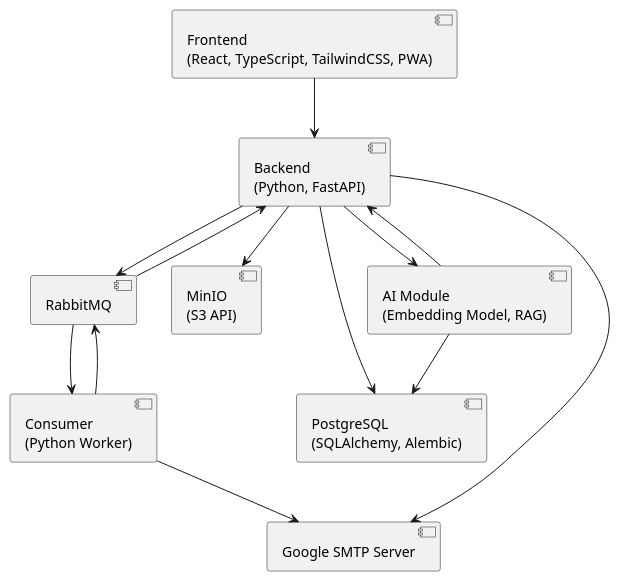
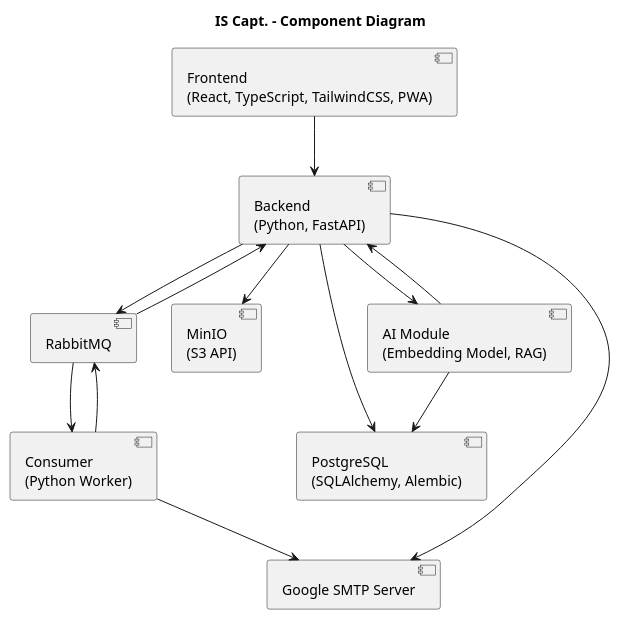
The diagram in plantUML/component/component.puml (walle45611/NTUB_SecuManag_Diagram), drawn with PlantUML before and after one commit. The commit also changed 20 other files, not shown here.

```diff
--- a/plantUML/component/component.puml
+++ b/plantUML/component/component.puml
@@ -1,25 +1,25 @@
 @startuml
+title IS Capt. - Component Diagram
 
 component "Frontend\n(React, TypeScript, TailwindCSS, PWA)" as Frontend
 component "Backend\n(Python, FastAPI)" as Backend
 component "RabbitMQ" as RabbitMQ
 component "MinIO\n(S3 API)" as MinIO
 component "PostgreSQL\n(SQLAlchemy, Alembic)" as Database
 component "Consumer\n(Python Worker)" as Consumer
 component "AI Module\n(Embedding Model, RAG)" as AIModule
 component "Google SMTP Server" as SMTP
 
 Frontend --> Backend
 Backend --> RabbitMQ
 Consumer --> RabbitMQ
 Backend --> MinIO
 Backend --> Database
 Backend --> AIModule
 AIModule --> Database
 RabbitMQ --> Consumer
 RabbitMQ --> Backend
 Consumer --> SMTP
 AIModule --> Backend
 Backend --> SMTP
-
 @enduml
```
